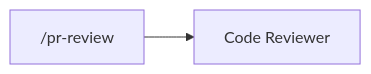
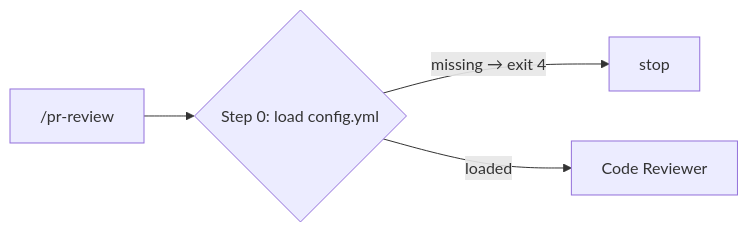
The ninth of 14 diagrams in docs/workflow-diagram.md (AlarQ/SDD-hub), drawn with Mermaid before and after one commit. The commit also changed other lines of this file and 79 other files, not shown here.

````diff
--- a/docs/workflow-diagram.md
+++ b/docs/workflow-diagram.md
@@ -257,4 +289,6 @@
 ```mermaid
 graph LR
-    PRR["/pr-review"] --> CR[Code Reviewer]
+    PRR["/pr-review"] --> CFG0{Step 0: load config.yml}
+    CFG0 -->|missing → exit 4| STOP_PRR[stop]
+    CFG0 -->|loaded| CR[Code Reviewer]
 ```
````
